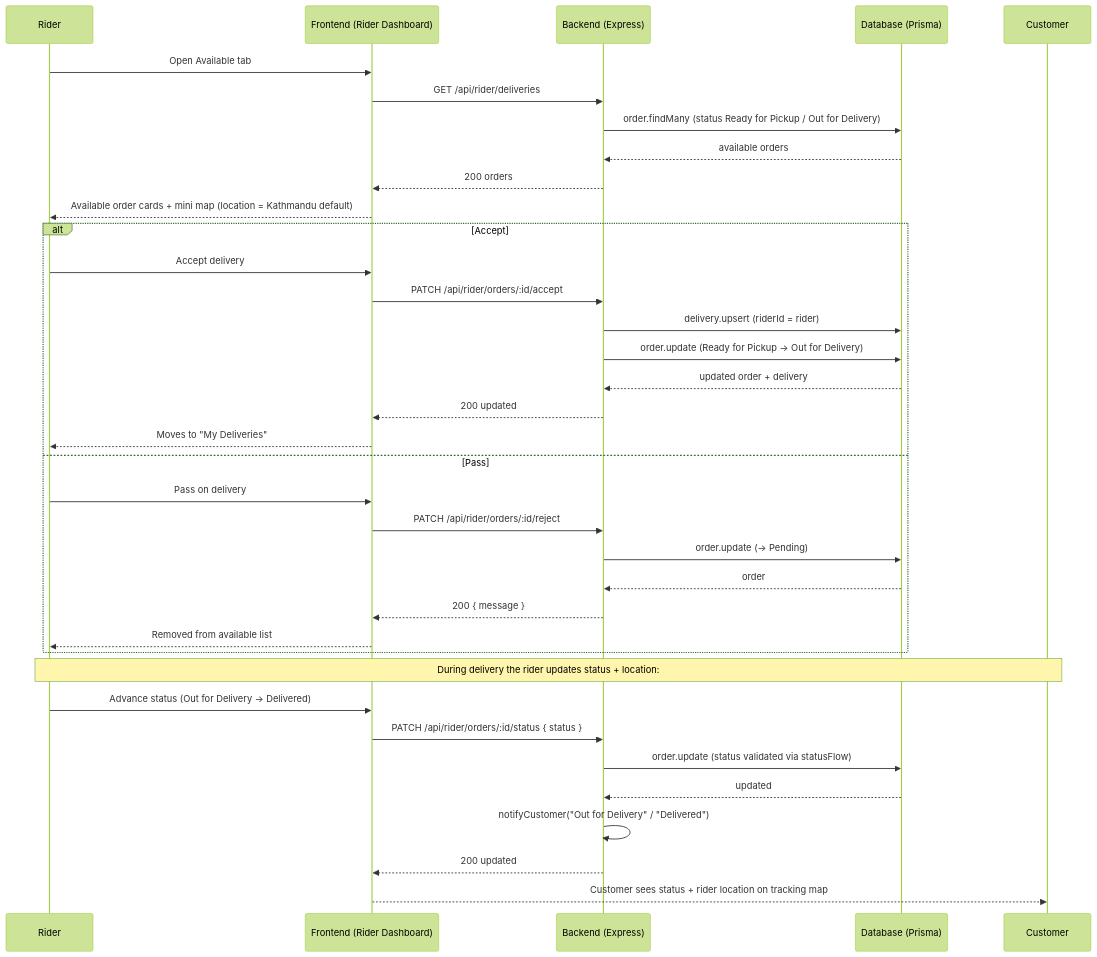
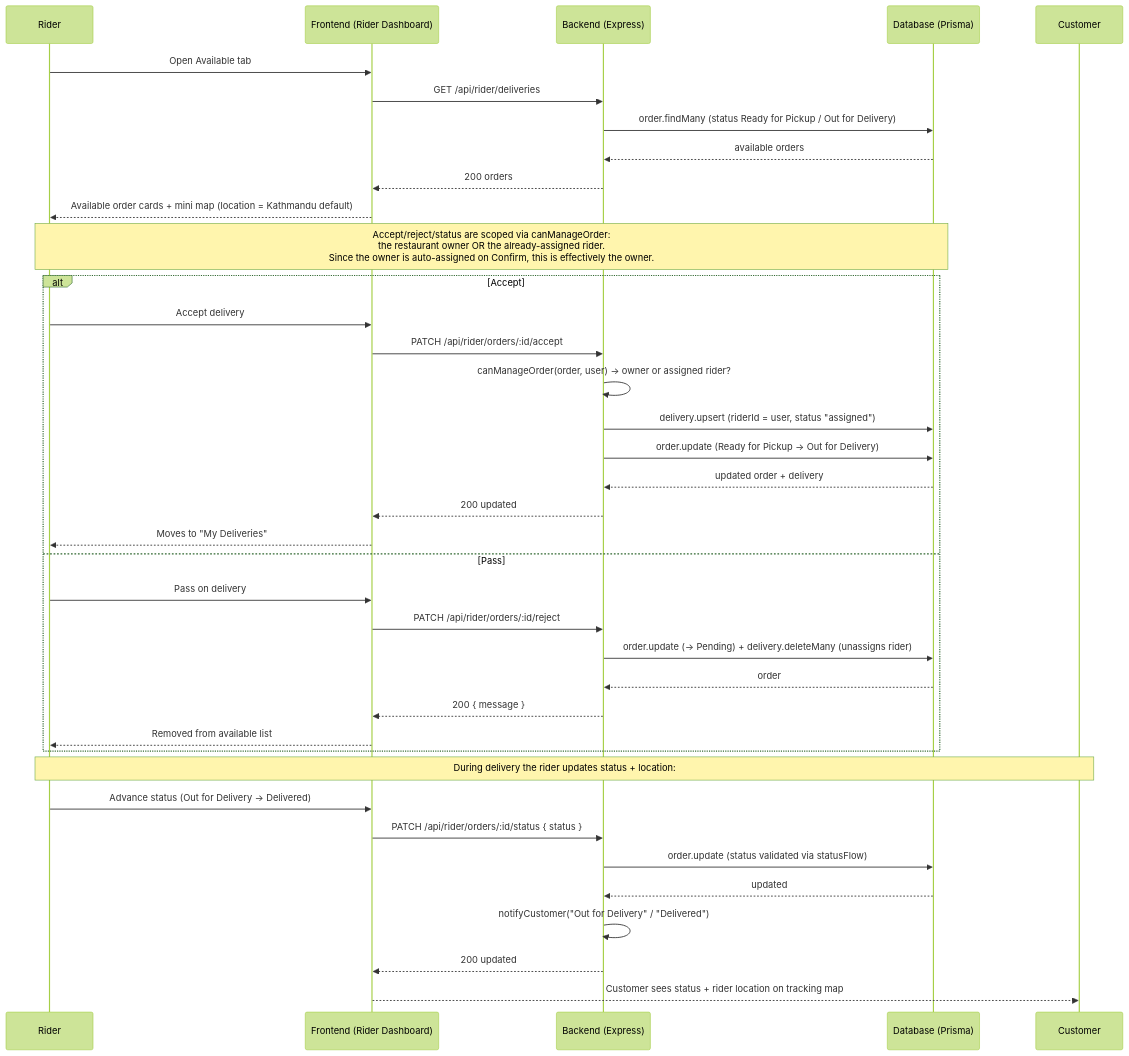
Before and after one commit to Saugatojha/food-delivery-frontend: the fifth of 10 diagrams in SEQUENCE_DIAGRAMS.md, drawn with Mermaid (forest theme). The commit also changed other lines of this file and 2 other files, not shown here.

First line of the commit message:
Update docs for hardened flows and current test counts

````diff
--- a/SEQUENCE_DIAGRAMS.md
+++ b/SEQUENCE_DIAGRAMS.md
@@ -168,41 +170,44 @@
 ```mermaid
 sequenceDiagram
     participant R as Rider
     participant F as Frontend (Rider Dashboard)
     participant S as Backend (Express)
     participant D as Database (Prisma)
     participant C as Customer
 
     R->>F: Open Available tab
     F->>S: GET /api/rider/deliveries
     S->>D: order.findMany (status Ready for Pickup / Out for Delivery)
     D-->>S: available orders
     S-->>F: 200 orders
     F-->>R: Available order cards + mini map (location = Kathmandu default)
 
+    Note over R,D: Accept/reject/status are scoped via canManageOrder:<br/>the restaurant owner OR the already-assigned rider.<br/>Since the owner is auto-assigned on Confirm, this is effectively the owner.
+
     alt Accept
         R->>F: Accept delivery
         F->>S: PATCH /api/rider/orders/:id/accept
-        S->>D: delivery.upsert (riderId = rider)
+        S->>S: canManageOrder(order, user) → owner or assigned rider?
+        S->>D: delivery.upsert (riderId = user, status "assigned")
         S->>D: order.update (Ready for Pickup → Out for Delivery)
         D-->>S: updated order + delivery
         S-->>F: 200 updated
         F-->>R: Moves to "My Deliveries"
     else Pass
         R->>F: Pass on delivery
         F->>S: PATCH /api/rider/orders/:id/reject
-        S->>D: order.update (→ Pending)
+        S->>D: order.update (→ Pending) + delivery.deleteMany (unassigns rider)
         D-->>S: order
         S-->>F: 200 { message }
         F-->>R: Removed from available list
     end
 
     Note over R,C: During delivery the rider updates status + location:
     R->>F: Advance status (Out for Delivery → Delivered)
     F->>S: PATCH /api/rider/orders/:id/status { status }
     S->>D: order.update (status validated via statusFlow)
     D-->>S: updated
     S->>S: notifyCustomer("Out for Delivery" / "Delivered")
     S-->>F: 200 updated
     F-->>C: Customer sees status + rider location on tracking map
 ```
````
